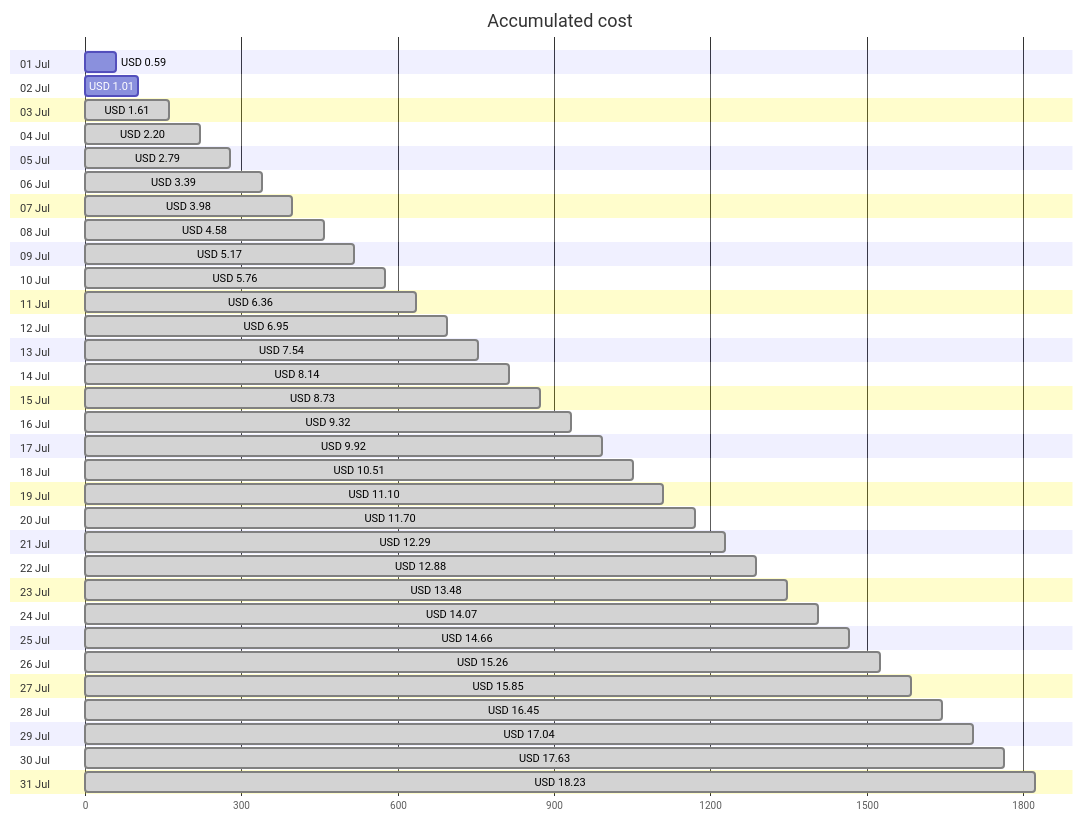
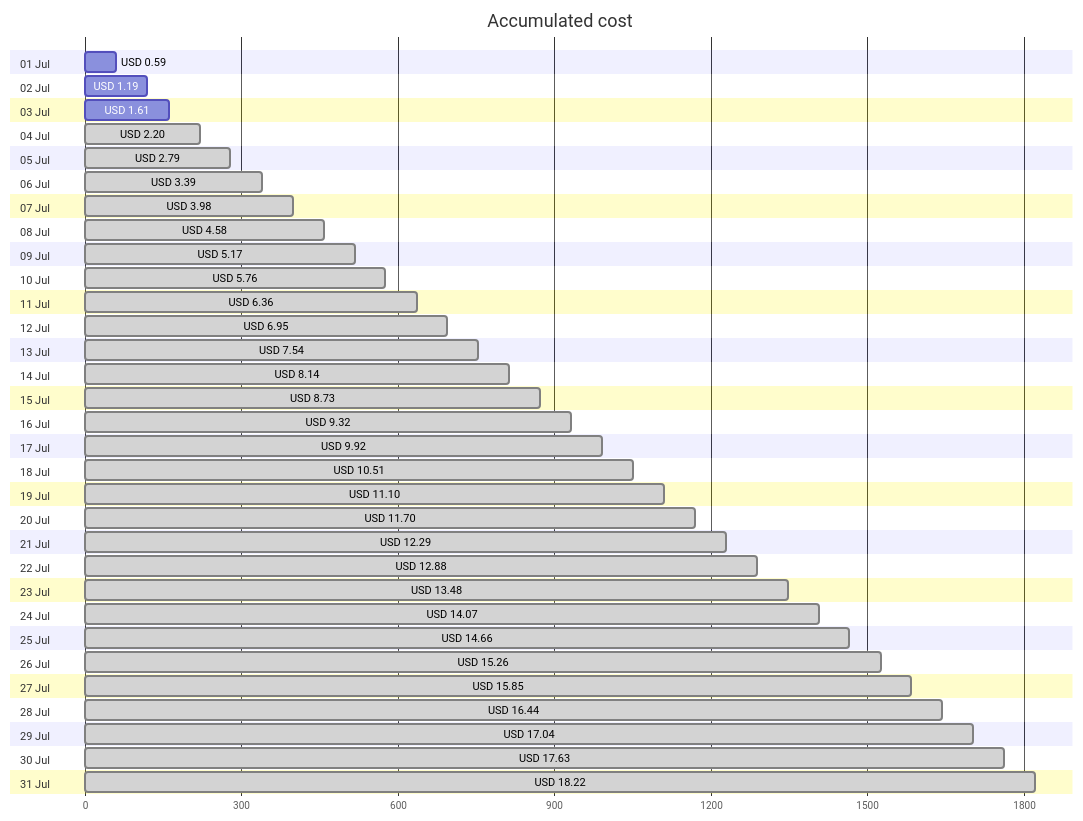
The first of 4 diagrams in cost-reports/personal-site/README.md (jpfulton/azure-personal-reports), drawn with Mermaid before and after one commit. The commit also changed other lines of this file and 6 other files, not shown here.

````diff
--- a/cost-reports/personal-site/README.md
+++ b/cost-reports/personal-site/README.md
@@ -20,68 +20,68 @@
 ```mermaid
 gantt
    title Accumulated cost
    dateFormat  X
    axisFormat %s
    section 01 Jul
    USD 0.59 :0, 59
    section 02 Jul
-   USD 1.01 :0, 101
+   USD 1.19 :0, 119
    section 03 Jul
-   USD 1.61 : done, 0, 161
+   USD 1.61 :0, 161
    section 04 Jul
    USD 2.20 : done, 0, 220
    section 05 Jul
    USD 2.79 : done, 0, 279
    section 06 Jul
    USD 3.39 : done, 0, 339
    section 07 Jul
    USD 3.98 : done, 0, 398
    section 08 Jul
    USD 4.58 : done, 0, 458
    section 09 Jul
    USD 5.17 : done, 0, 517
    section 10 Jul
    USD 5.76 : done, 0, 576
    section 11 Jul
    USD 6.36 : done, 0, 636
    section 12 Jul
    USD 6.95 : done, 0, 695
    section 13 Jul
    USD 7.54 : done, 0, 754
    section 14 Jul
    USD 8.14 : done, 0, 814
    section 15 Jul
    USD 8.73 : done, 0, 873
    section 16 Jul
    USD 9.32 : done, 0, 932
    section 17 Jul
    USD 9.92 : done, 0, 992
    section 18 Jul
    USD 10.51 : done, 0, 1051
    section 19 Jul
    USD 11.10 : done, 0, 1110
    section 20 Jul
    USD 11.70 : done, 0, 1170
    section 21 Jul
    USD 12.29 : done, 0, 1229
    section 22 Jul
    USD 12.88 : done, 0, 1288
    section 23 Jul
    USD 13.48 : done, 0, 1348
    section 24 Jul
    USD 14.07 : done, 0, 1407
    section 25 Jul
    USD 14.66 : done, 0, 1466
    section 26 Jul
    USD 15.26 : done, 0, 1526
    section 27 Jul
    USD 15.85 : done, 0, 1585
    section 28 Jul
-   USD 16.45 : done, 0, 1645
+   USD 16.44 : done, 0, 1644
    section 29 Jul
    USD 17.04 : done, 0, 1704
    section 30 Jul
    USD 17.63 : done, 0, 1763
    section 31 Jul
-   USD 18.23 : done, 0, 1823
+   USD 18.22 : done, 0, 1822
 ```
````
